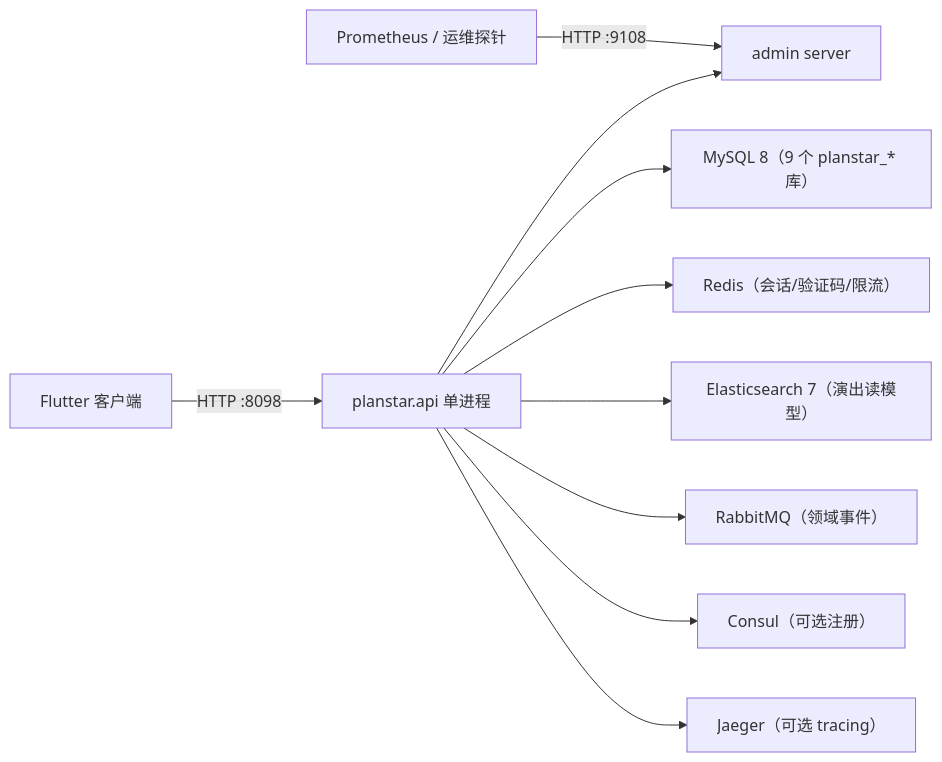
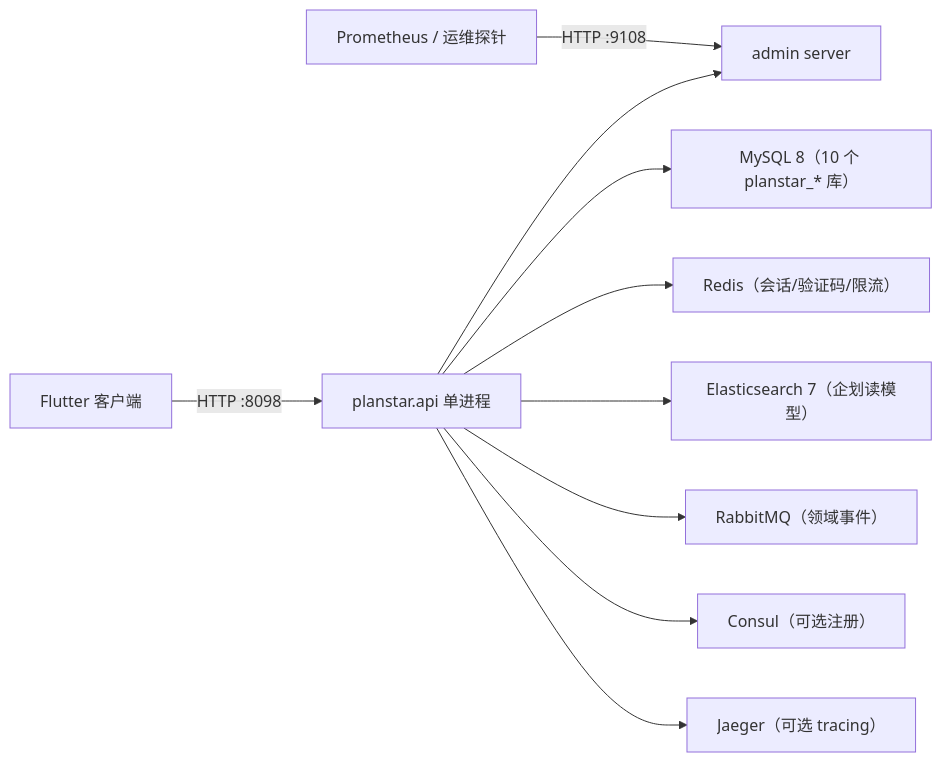
One commit to uifj/planstar_kratos_server changed the first of 2 diagrams in docs/architecture.md. Above: the diagram before and after it, drawn with Mermaid. The commit also changed other lines of this file and 5 other files, not shown here.

````diff
--- a/docs/architecture.md
+++ b/docs/architecture.md
@@ -9,12 +9,12 @@
 ```mermaid
 flowchart LR
     C["Flutter 客户端"] -->|HTTP :8098| API["planstar.api 单进程"]
     OPS["Prometheus / 运维探针"] -->|HTTP :9108| ADM["admin server"]
     API --> ADM
-    API --> MY["MySQL 8（9 个 planstar_* 库）"]
+    API --> MY["MySQL 8（10 个 planstar_* 库）"]
     API --> RD["Redis（会话/验证码/限流）"]
-    API --> ES["Elasticsearch 7（演出读模型）"]
+    API --> ES["Elasticsearch 7（企划读模型）"]
     API --> MQ["RabbitMQ（领域事件）"]
     API --> CO["Consul（可选注册）"]
     API --> JA["Jaeger（可选 tracing）"]
 ```
````
